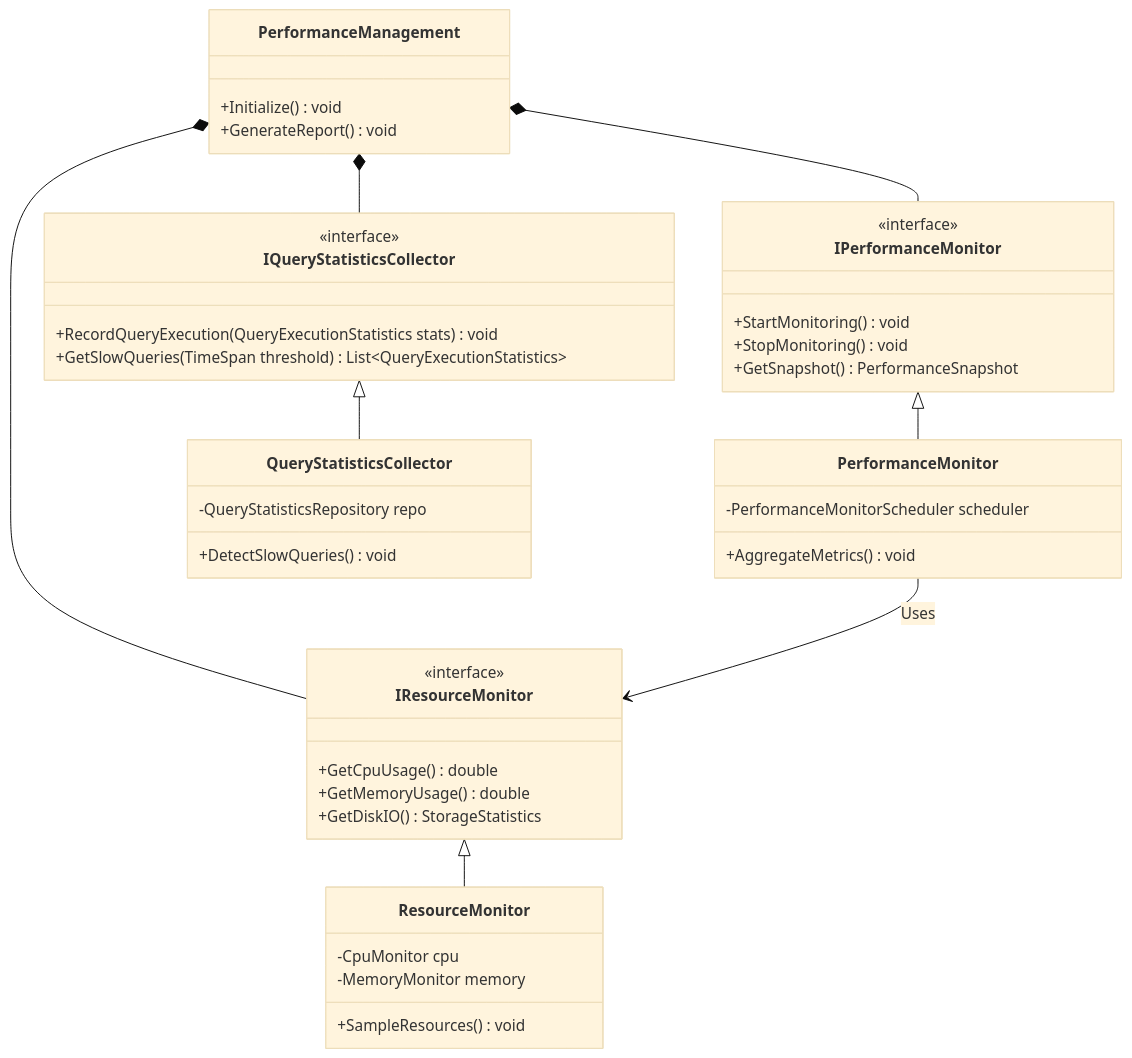
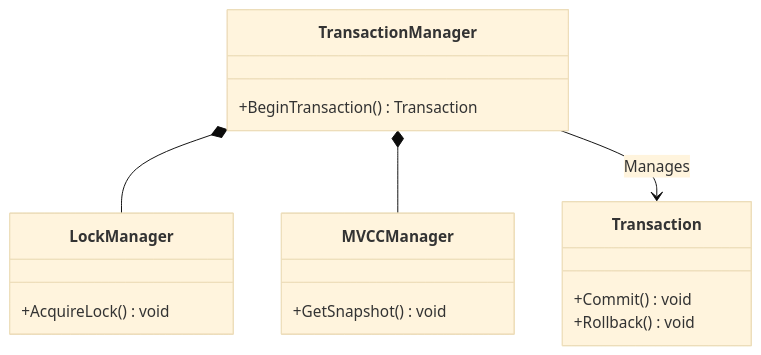
Before and after one commit to manaxpow/DBMS: the fourth of 11 diagrams in README.md, drawn with Mermaid (base theme). The commit also changed other lines of this file and 147 other files, not shown here.

````diff
--- a/README.md
+++ b/README.md
@@ -755,53 +140,21 @@
 ```mermaid
 classDiagram
     direction TB
-
-    class PerformanceManagement {
-        +Initialize() void
-        +GenerateReport() void
+    class TransactionManager {
+        +BeginTransaction() Transaction
+    }
+    class Transaction {
+        +Commit() void
+        +Rollback() void
+    }
+    class LockManager {
+        +AcquireLock() void
+    }
+    class MVCCManager {
+        +GetSnapshot() void
     }
 
-    class IPerformanceMonitor {
-        <<interface>>
-        +StartMonitoring() void
-        +StopMonitoring() void
-        +GetSnapshot() PerformanceSnapshot
-    }
-    class PerformanceMonitor {
-        -PerformanceMonitorScheduler scheduler
-        +AggregateMetrics() void
-    }
-
-    class IQueryStatisticsCollector {
-        <<interface>>
-        +RecordQueryExecution(QueryExecutionStatistics stats) void
-        +GetSlowQueries(TimeSpan threshold) List~QueryExecutionStatistics~
-    }
-    class QueryStatisticsCollector {
-        -QueryStatisticsRepository repo
-        +DetectSlowQueries() void
-    }
-
-    class IResourceMonitor {
-        <<interface>>
-        +GetCpuUsage() double
-        +GetMemoryUsage() double
-        +GetDiskIO() StorageStatistics
-    }
-    class ResourceMonitor {
-        -CpuMonitor cpu
-        -MemoryMonitor memory
-        +SampleResources() void
-    }
-
-
-    IPerformanceMonitor <|-- PerformanceMonitor
-    IQueryStatisticsCollector <|-- QueryStatisticsCollector
-    IResourceMonitor <|-- ResourceMonitor
-
-    PerformanceManagement *-- IPerformanceMonitor
-    PerformanceManagement *-- IQueryStatisticsCollector
-    PerformanceManagement *-- IResourceMonitor
-
-    PerformanceMonitor --> IResourceMonitor : Uses
+    TransactionManager *-- LockManager
+    TransactionManager *-- MVCCManager
+    TransactionManager --> Transaction : Manages
 ```
````
